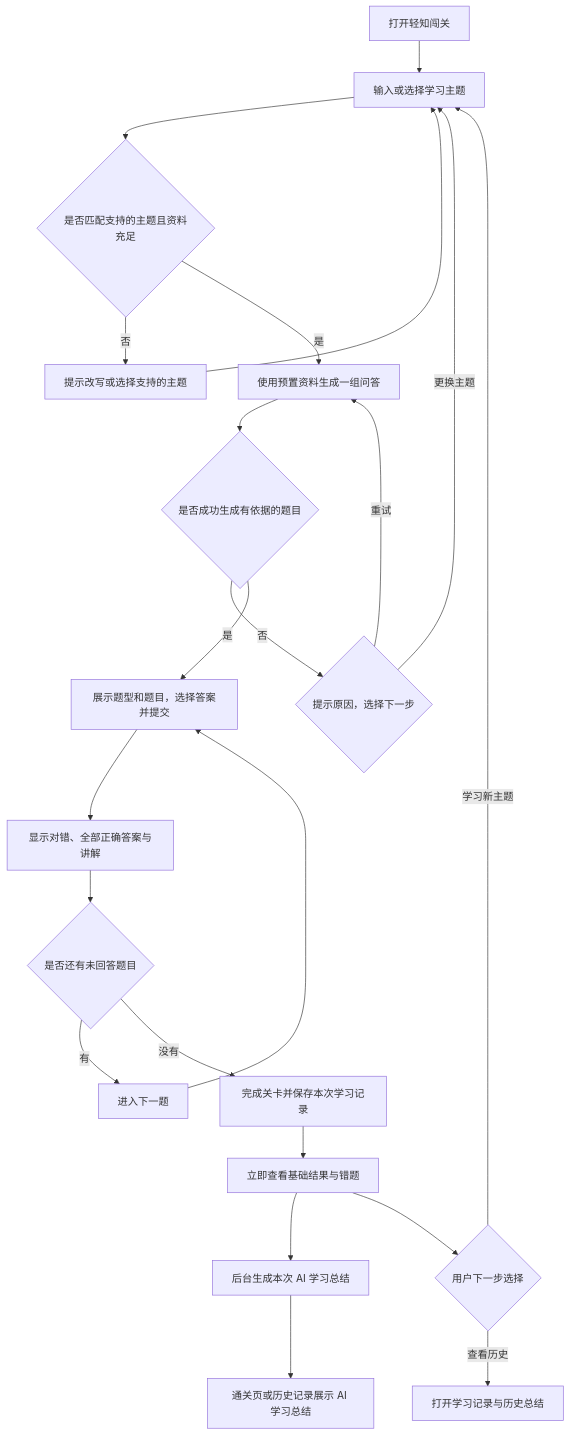
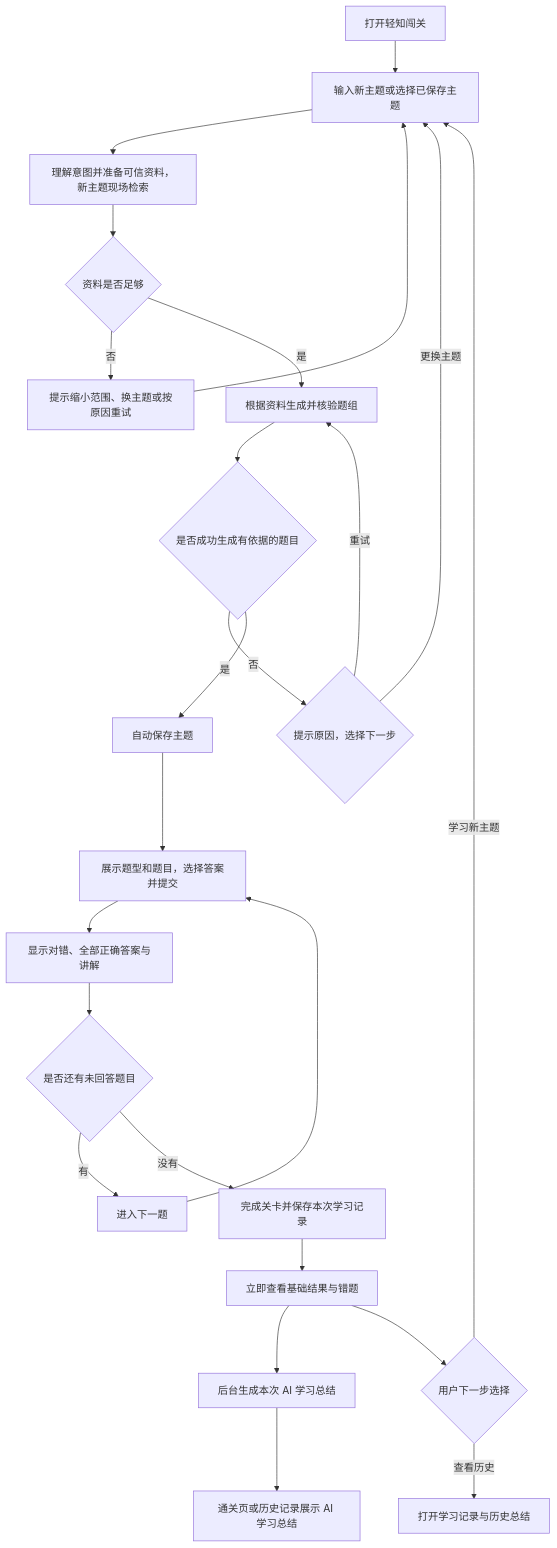
The diagram in docs/最终版本需求分析文档.md (Huangbingshuai/ai_learn), drawn with Mermaid before and after one commit. The commit also changed other lines of this file and 3 other files, not shown here.

````diff
--- a/docs/最终版本需求分析文档.md
+++ b/docs/最终版本需求分析文档.md
@@ -131,24 +140,26 @@
 ```mermaid
 flowchart TD
-    A[打开轻知闯关] --> B[输入或选择学习主题]
-    B --> D{是否匹配支持的主题且资料充足}
-    D -- 否 --> E[提示改写或选择支持的主题]
+    A[打开轻知闯关] --> B[输入新主题或选择已保存主题]
+    B --> C[理解意图并准备可信资料，新主题现场检索]
+    C --> D{资料是否足够}
+    D -- 否 --> E[提示缩小范围、换主题或按原因重试]
     E --> B
-    D -- 是 --> F[使用预置资料生成一组问答]
+    D -- 是 --> F[根据资料生成并核验题组]
     F --> G{是否成功生成有依据的题目}
     G -- 否 --> H{提示原因，选择下一步}
     H -- 重试 --> F
     H -- 更换主题 --> B
-    G -- 是 --> J[展示题型和题目，选择答案并提交]
+    G -- 是 --> S[自动保存主题]
+    S --> J[展示题型和题目，选择答案并提交]
     J --> K[显示对错、全部正确答案与讲解]
     K --> L{是否还有未回答题目}
     L -- 有 --> M[进入下一题]
     M --> J
     L -- 没有 --> N[完成关卡并保存本次学习记录]
     N --> O[立即查看基础结果与错题]
     O --> AI[后台生成本次 AI 学习总结]
     AI --> AV[通关页或历史记录展示 AI 学习总结]
     O --> P{用户下一步选择}
     P -- 查看历史 --> Q[打开学习记录与历史总结]
     P -- 学习新主题 --> B
 ```
````
